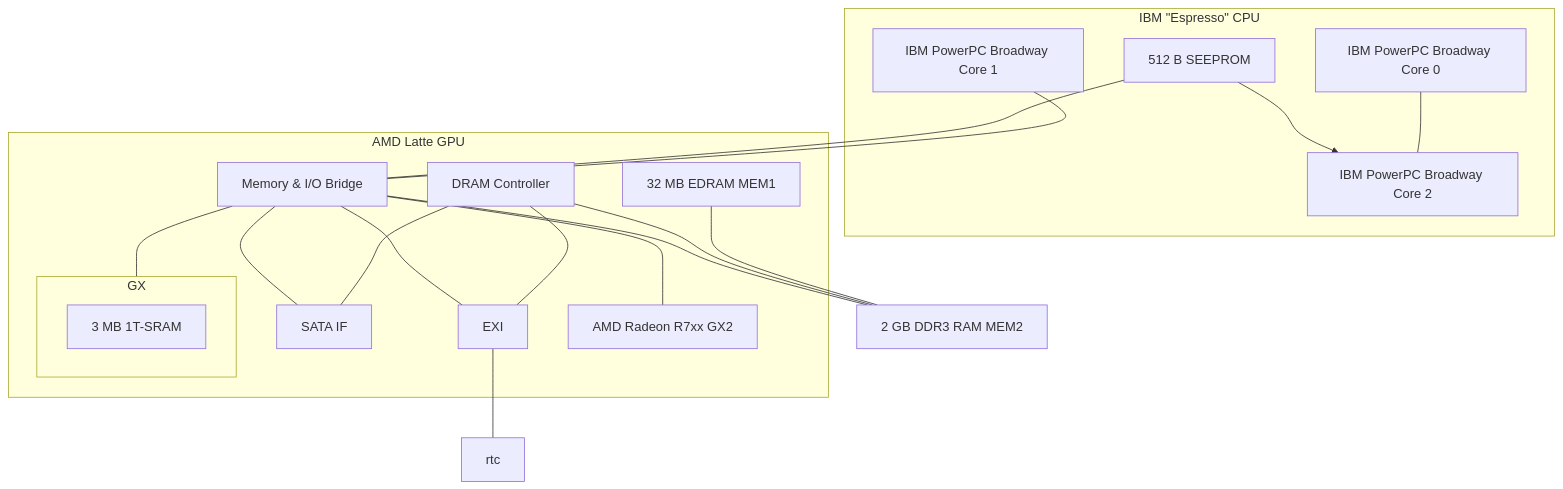
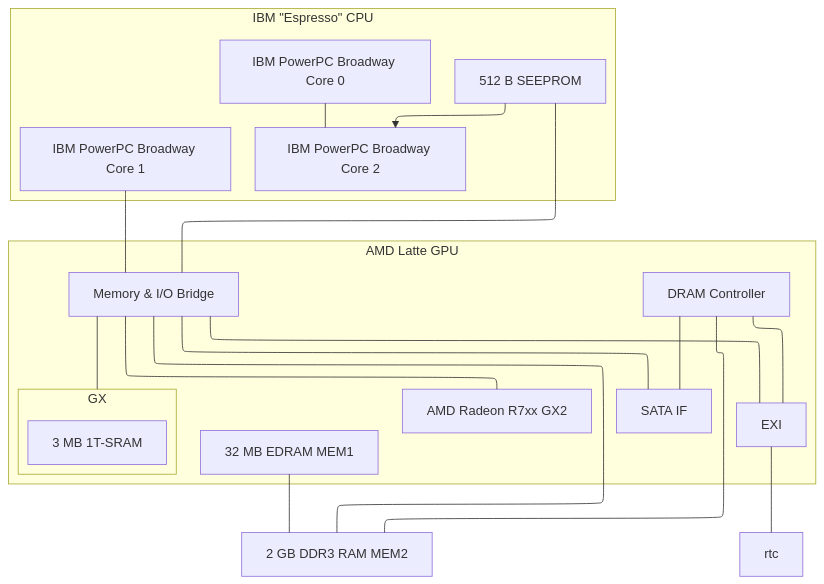
The diagram in src/examples/10_wiiu/syntax/mermaid.mmd (terrastruct/text-to-diagram-site), drawn with Mermaid before and after one commit. The commit also changed 1 other file, not shown here.

Commit message:
fix: Use better layout for mermaid

```diff
--- a/src/examples/10_wiiu/syntax/mermaid.mmd
+++ b/src/examples/10_wiiu/syntax/mermaid.mmd
@@ -1,48 +1,48 @@
-flowchart TD
+flowchart-elk TD
   subgraph ibm[IBM &quot;Espresso&quot; CPU]
     core0[IBM PowerPC Broadway Core 0]
     core1[IBM PowerPC Broadway Core 1]
     core2[IBM PowerPC Broadway Core 2]
 
     rom[16 KB ROM]
 
     rom --> core2
     core0 --- core2
   end
 
   subgraph amd[AMD Latte GPU]
     mem[Memory & I/O Bridge]
     dram[DRAM Controller]
     edram[32 MB EDRAM MEM1]
     rom[512 B SEEPROM]
 
     sata[SATA IF]
     exi[EXI]
 
     subgraph gx[GX]
       sram[3 MB 1T-SRAM]
     end
 
     radeon[AMD Radeon R7xx GX2]
 
     mem --- gx
     mem --- radeon
 
     rom --- mem
 
     mem --- sata
     mem --- exi
 
     dram --- sata
     dram --- exi
   end
 
   ddr3[2 GB DDR3 RAM MEM2]
 
   mem --- ddr3
   dram --- ddr3
   edram --- ddr3
 
   core1 --- mem
 
   exi --- rtc
```
